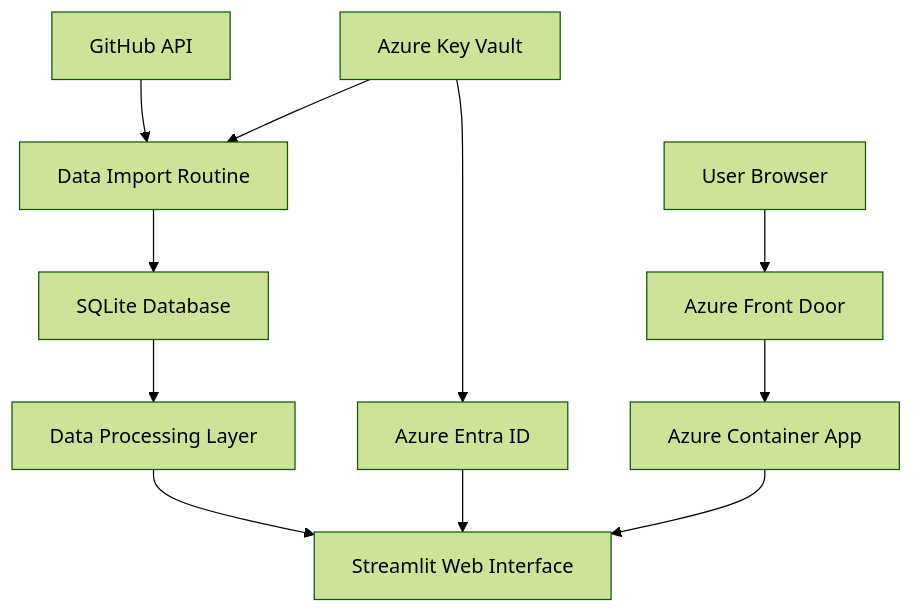
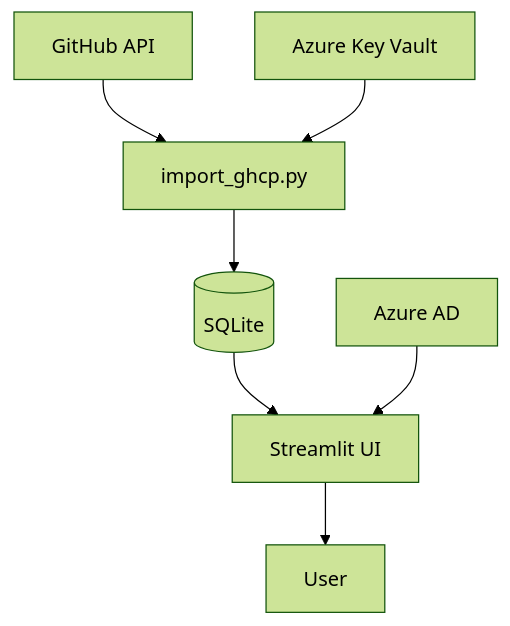
Before and after one commit to brandubh/GHCP-Stats: the diagram in docs/architecture.md, drawn with Mermaid (forest theme). The commit also changed other lines of this file and 13 other files, not shown here.

````diff
--- a/docs/architecture.md
+++ b/docs/architecture.md
@@ -17,13 +13,9 @@
 ```mermaid
 graph TD
-   A[GitHub API] --> B[Data Import Routine]
-   B --> C[SQLite Database]
-   C --> D[Data Processing Layer]
-   D --> E[Streamlit Web Interface]
-   F[Azure Entra ID] --> E
-   G[Azure Key Vault] --> B
-   G --> F
-   H[Azure Container App] --> E
-   I[Azure Front Door] --> H
-   J[User Browser] --> I
+    GH[GitHub API] --> IM[import_ghcp.py]
+    IM --> DB[(SQLite)]
+    DB --> UI[Streamlit UI]
+    UI --> BROWSER[User]
+    AAD[Azure AD] --> UI
+    KV[Azure Key Vault] --> IM
 ```
````
